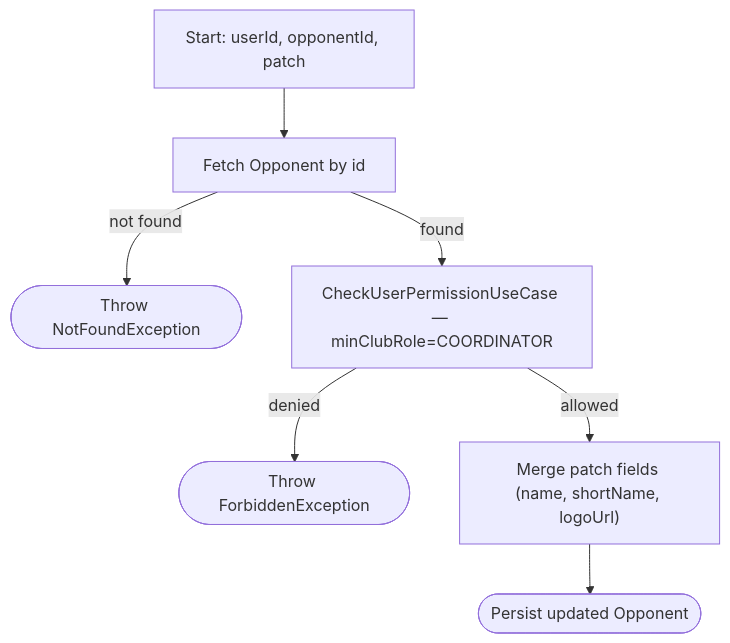
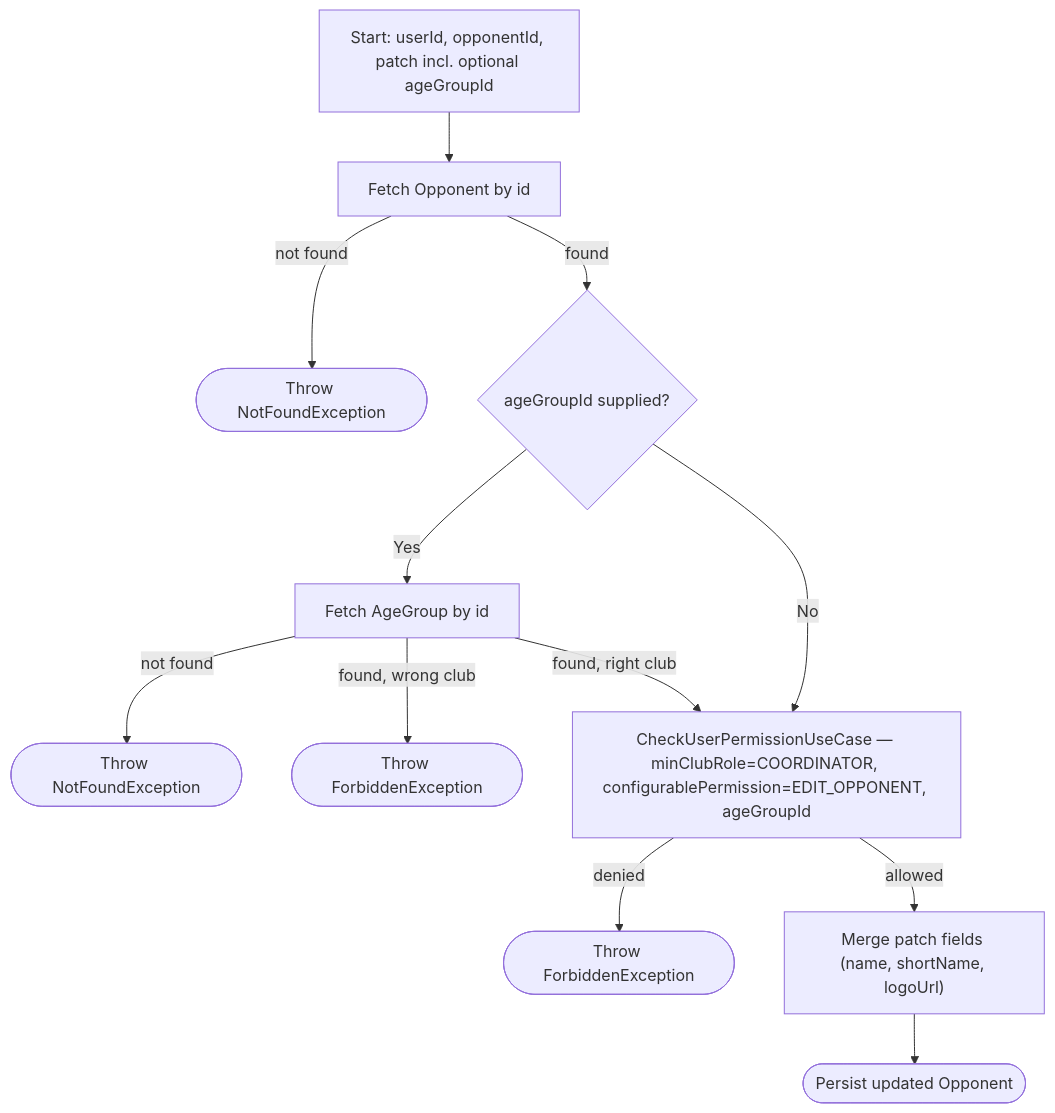
One commit to ricardofrango/squadify changed diagram 37 of 57 in PROCESS_FLOWS.md. Above: the diagram before and after it, drawn with Mermaid. The commit also changed other lines of this file and 87 other files, not shown here.

First line of the commit message:
Add configurable club permissions

````diff
--- a/PROCESS_FLOWS.md
+++ b/PROCESS_FLOWS.md
@@ -742,9 +792,14 @@
 ```mermaid
 graph TD
-    A[Start: userId, opponentId, patch] --> B[Fetch Opponent by id]
+    A[Start: userId, opponentId, patch incl. optional ageGroupId] --> B[Fetch Opponent by id]
     B -- not found --> N(["Throw NotFoundException"])
-    B -- found --> C[CheckUserPermissionUseCase — minClubRole=COORDINATOR]
+    B -- found --> AG{ageGroupId supplied?}
+    AG -- Yes --> AGF[Fetch AgeGroup by id]
+    AGF -- not found --> N2(["Throw NotFoundException"])
+    AGF -- found, wrong club --> FB(["Throw ForbiddenException"])
+    AGF -- found, right club --> C
+    AG -- No --> C[CheckUserPermissionUseCase — minClubRole=COORDINATOR, configurablePermission=EDIT_OPPONENT, ageGroupId]
     C -- denied --> F(["Throw ForbiddenException"])
     C -- allowed --> D["Merge patch fields (name, shortName, logoUrl)"]
     D --> Z(["Persist updated Opponent"])
 ```
````
